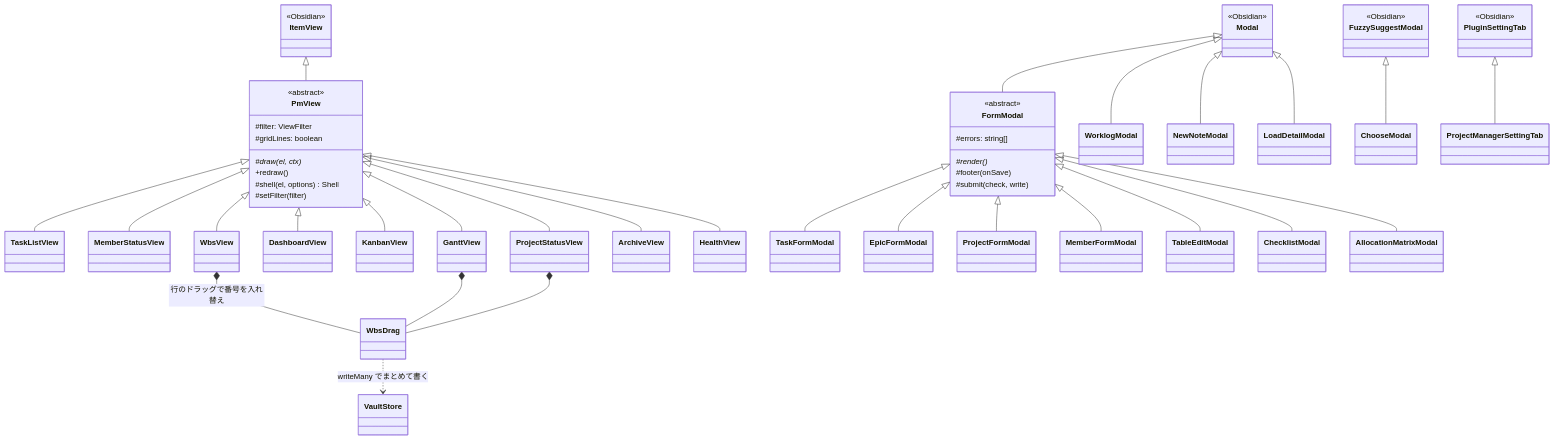
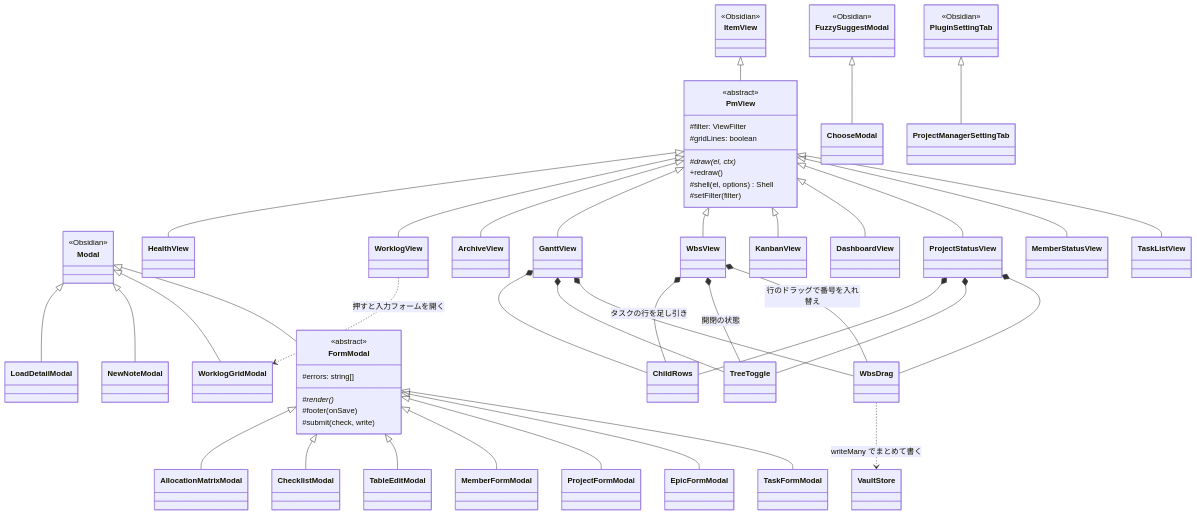
Before and after one commit to 2JO-code/2JO-dev-obsidian-pm-plugin: the fourth of 7 diagrams in docs/DIAGRAMS.md, drawn with Mermaid. The commit also changed other lines of this file and 142 other files, not shown here.

````diff
--- a/docs/DIAGRAMS.md
+++ b/docs/DIAGRAMS.md
@@ -277,60 +287,68 @@
 ```mermaid
 classDiagram
 	class ItemView {
 		<<Obsidian>>
 	}
 	class Modal {
 		<<Obsidian>>
 	}
 	class FuzzySuggestModal {
 		<<Obsidian>>
 	}
 	class PluginSettingTab {
 		<<Obsidian>>
 	}
 	class PmView {
 		<<abstract>>
 		#filter: ViewFilter
 		#gridLines: boolean
 		#draw(el, ctx)*
 		+redraw()
 		#shell(el, options) Shell
 		#setFilter(filter)
 	}
 	class FormModal {
 		<<abstract>>
 		#errors: string[]
 		#render()*
 		#footer(onSave)
 		#submit(check, write)
 	}
 
 	ItemView <|-- PmView
 	PmView <|-- TaskListView
 	PmView <|-- MemberStatusView
 	PmView <|-- ProjectStatusView
 	PmView <|-- DashboardView
 	PmView <|-- KanbanView
 	PmView <|-- WbsView
 	PmView <|-- GanttView
 	PmView <|-- ArchiveView
+	PmView <|-- WorklogView
+	WorklogView ..> WorklogGridModal : 押すと入力フォームを開く
 	PmView <|-- HealthView
 	WbsView *-- WbsDrag : 行のドラッグで番号を入れ替え
 	GanttView *-- WbsDrag
 	ProjectStatusView *-- WbsDrag
 	WbsDrag ..> VaultStore : writeMany でまとめて書く
+	WbsView *-- TreeToggle : 開閉の状態
+	GanttView *-- TreeToggle
+	ProjectStatusView *-- TreeToggle
+	WbsView *-- ChildRows : タスクの行を足し引き
+	GanttView *-- ChildRows
+	ProjectStatusView *-- ChildRows
 
 	Modal <|-- FormModal
 	FormModal <|-- TaskFormModal
 	FormModal <|-- EpicFormModal
 	FormModal <|-- ProjectFormModal
 	FormModal <|-- MemberFormModal
 	FormModal <|-- TableEditModal
 	FormModal <|-- ChecklistModal
 	FormModal <|-- AllocationMatrixModal
-	Modal <|-- WorklogModal
+	Modal <|-- WorklogGridModal
 	Modal <|-- NewNoteModal
 	Modal <|-- LoadDetailModal
 	FuzzySuggestModal <|-- ChooseModal
 	PluginSettingTab <|-- ProjectManagerSettingTab
 ```
````
